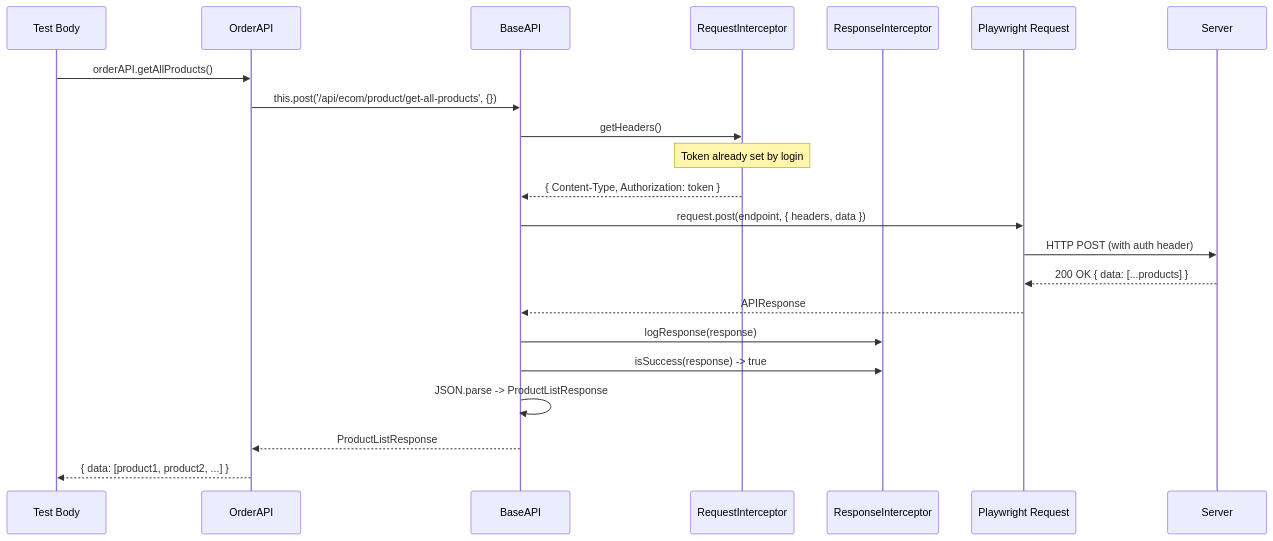
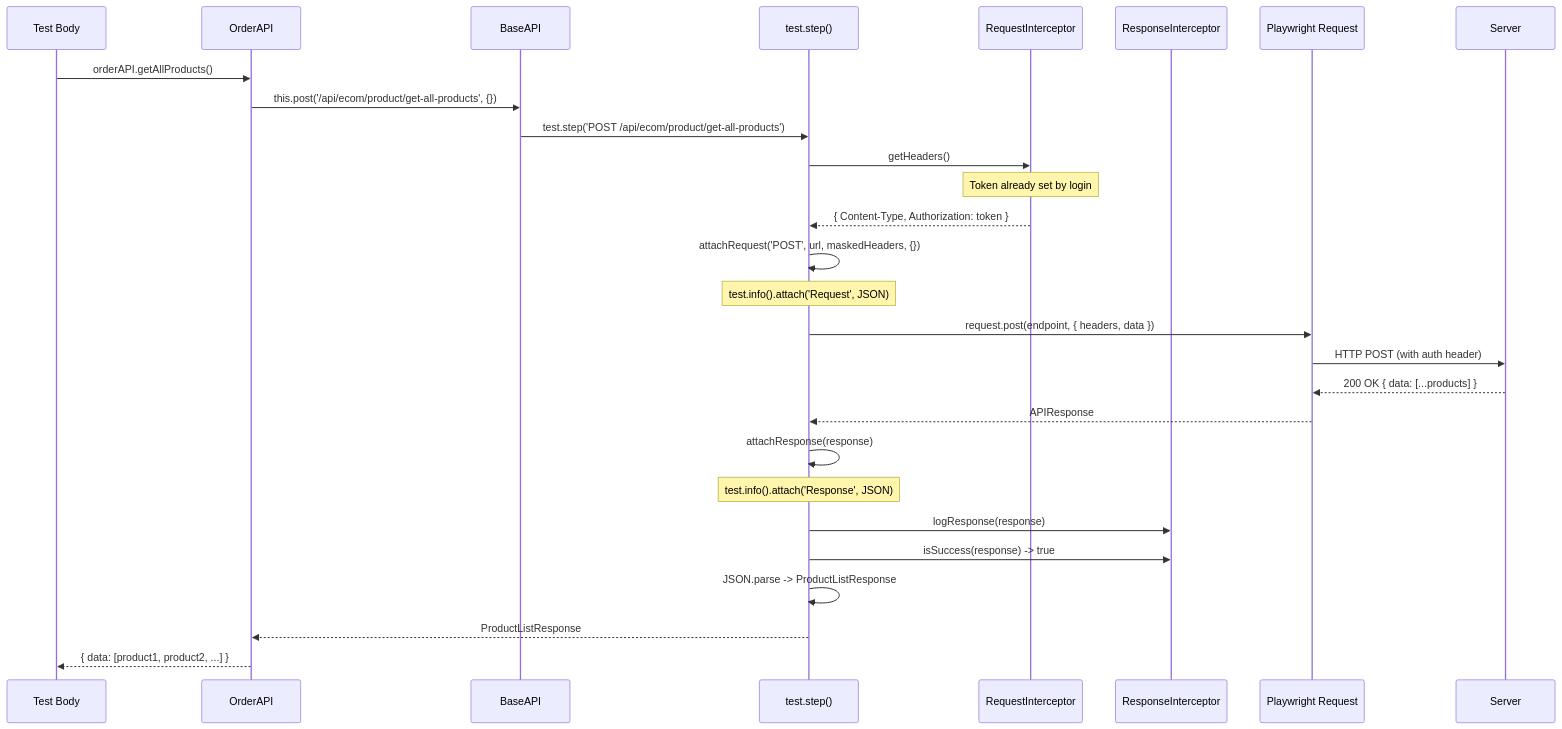
One commit to MahmoudSDET/Playwright-UI-API changed diagram 13 of 16 in playwright-framework/Framework-Architecture.md. Above: the diagram before and after it, drawn with Mermaid. The commit also changed other lines of this file and 11 other files, not shown here.

````diff
--- a/playwright-framework/Framework-Architecture.md
+++ b/playwright-framework/Framework-Architecture.md
@@ -811,28 +916,36 @@
 ```mermaid
 sequenceDiagram
     participant Test as Test Body
     participant Order as OrderAPI
     participant Base as BaseAPI
+    participant Step as test.step()
     participant ReqI as RequestInterceptor
     participant ResI as ResponseInterceptor
     participant PW as Playwright Request
     participant Server as Server
 
     Test->>Order: orderAPI.getAllProducts()
     Order->>Base: this.post('/api/ecom/product/get-all-products', {})
-    Base->>ReqI: getHeaders()
+    Base->>Step: test.step('POST /api/ecom/product/get-all-products')
+    Step->>ReqI: getHeaders()
     Note over ReqI: Token already set by login
-    ReqI-->>Base: { Content-Type, Authorization: token }
+    ReqI-->>Step: { Content-Type, Authorization: token }
 
-    Base->>PW: request.post(endpoint, { headers, data })
+    Step->>Step: attachRequest('POST', url, maskedHeaders, {})
+    Note over Step: test.info().attach('Request', JSON)
+
+    Step->>PW: request.post(endpoint, { headers, data })
     PW->>Server: HTTP POST (with auth header)
     Server-->>PW: 200 OK { data: [...products] }
-    PW-->>Base: APIResponse
+    PW-->>Step: APIResponse
 
-    Base->>ResI: logResponse(response)
-    Base->>ResI: isSuccess(response) -> true
-    Base->>Base: JSON.parse -> ProductListResponse
+    Step->>Step: attachResponse(response)
+    Note over Step: test.info().attach('Response', JSON)
 
-    Base-->>Order: ProductListResponse
+    Step->>ResI: logResponse(response)
+    Step->>ResI: isSuccess(response) -> true
+    Step->>Step: JSON.parse -> ProductListResponse
+
+    Step-->>Order: ProductListResponse
     Order-->>Test: { data: [product1, product2, ...] }
 ```
````
